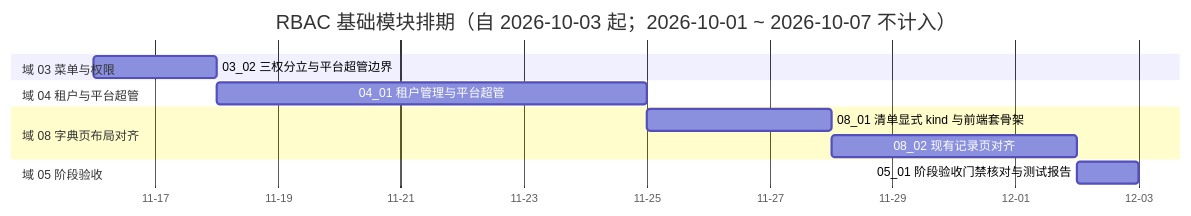
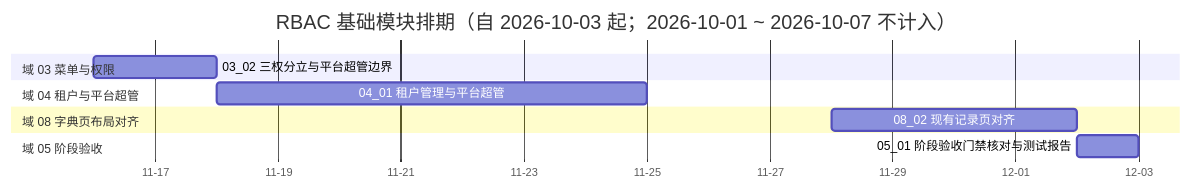
One commit to minjian123/basic-management-system changed the diagram in bms文档/项目/07_RBAC基础模块/计划/01_计划_RBAC基础模块.md. Above: the diagram before and after it, drawn with Mermaid. The commit also changed other lines of this file and 9 other files, not shown here.

````diff
--- a/bms文档/项目/07_RBAC基础模块/计划/01_计划_RBAC基础模块.md
+++ b/bms文档/项目/07_RBAC基础模块/计划/01_计划_RBAC基础模块.md
@@ -71,18 +73,17 @@
 ```mermaid
 gantt
     title RBAC 基础模块排期（自 2026-10-03 起；2026-10-01 ~ 2026-10-07 不计入）
     dateFormat  YYYY-MM-DD
     axisFormat %m-%d
     section 域 01 插件化挂接
     section 域 03 菜单与权限
     03_02 三权分立与平台超管边界 :a0302, 2026-11-16, 2d
     section 域 02 用户与角色
     section 域 04 租户与平台超管
     04_01 租户管理与平台超管 :a0401, 2026-11-18, 7d
     section 域 07 原型对照结论补齐
     section 域 08 字典页布局对齐
-    08_01 清单显式 kind 与前端套骨架 :a0801, 2026-11-25, 3d
     08_02 现有记录页对齐 :a0802, 2026-11-28, 4d
     section 域 05 阶段验收
     05_01 阶段验收门禁核对与测试报告 :a0501, 2026-12-02, 1d
 ```
````
